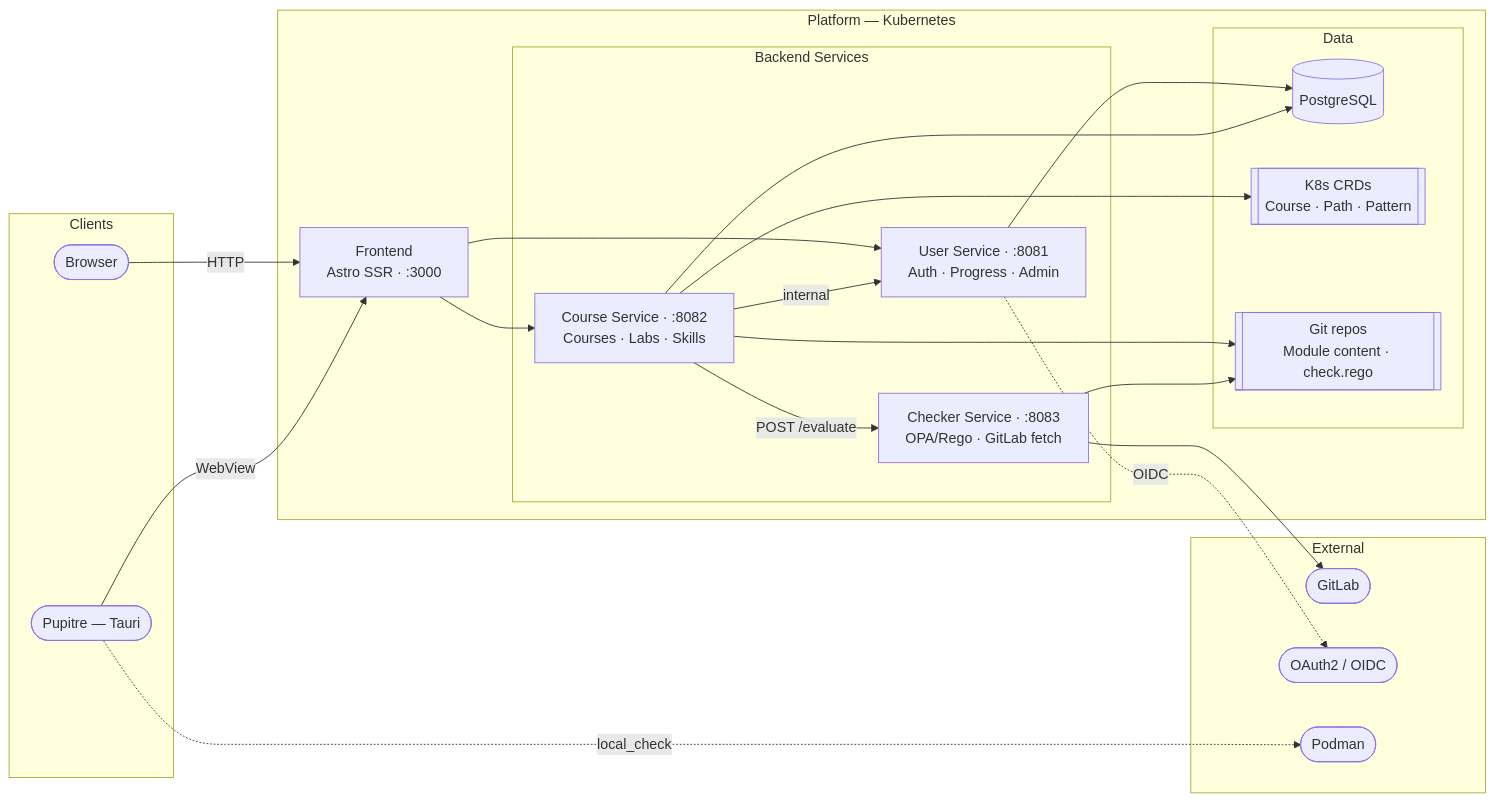
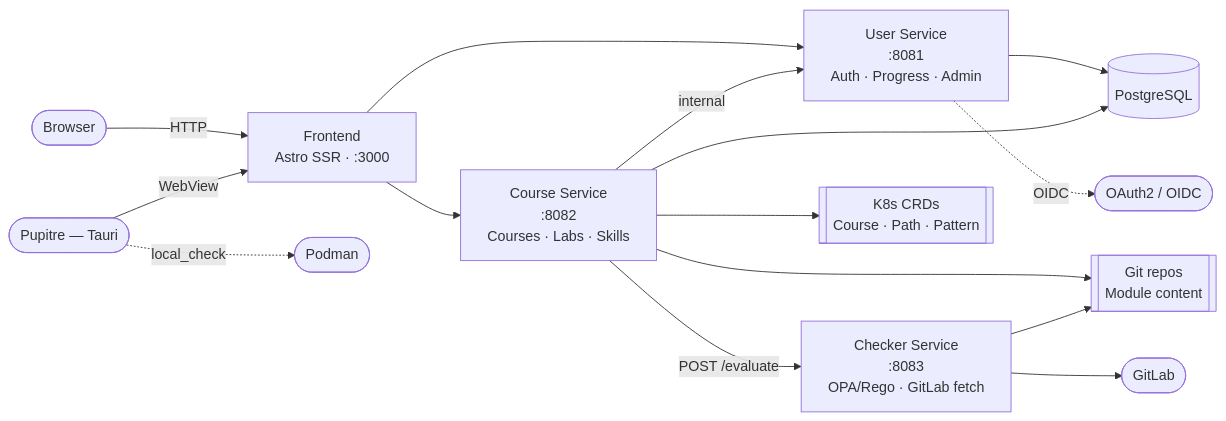
The diagram in README.md (Towarmat83/ELearningPlatform), drawn with Mermaid before and after one commit.

Commit message:
docs: flat mermaid graph without subgroups for clean routing

````diff
--- a/README.md
+++ b/README.md
@@ -23,42 +23,37 @@
 ```mermaid
 graph LR
-    subgraph CLI["Clients"]
-        B(["Browser"])
-        P(["Pupitre — Tauri"])
-    end
+    Browser(["Browser"])
+    Pupitre(["Pupitre — Tauri"])
 
-    subgraph PLAT["Platform — Kubernetes"]
-        F["Frontend\nAstro SSR · :3000"]
+    Frontend["Frontend\nAstro SSR · :3000"]
 
-        subgraph SVC["Backend Services"]
-            US["User Service · :8081\nAuth · Progress · Admin"]
-            CS["Course Service · :8082\nCourses · Labs · Skills"]
-            CK["Checker Service · :8083\nOPA/Rego · GitLab fetch"]
-        end
+    UserService["User Service\n:8081\nAuth · Progress · Admin"]
+    CourseService["Course Service\n:8082\nCourses · Labs · Skills"]
+    CheckerService["Checker Service\n:8083\nOPA/Rego · GitLab fetch"]
 
-        subgraph DAT["Data"]
-            PG[("PostgreSQL")]
-            CRD[["K8s CRDs\nCourse · Path · Pattern"]]
-            GIT[["Git repos\nModule content · check.rego"]]
-        end
-    end
+    PostgreSQL[("PostgreSQL")]
+    K8sCRDs[["K8s CRDs\nCourse · Path · Pattern"]]
+    GitRepos[["Git repos\nModule content"]]
 
-    subgraph EXT["External"]
-        GL(["GitLab"])
-        OA(["OAuth2 / OIDC"])
-        PD(["Podman"])
-    end
+    GitLab(["GitLab"])
+    OAuth(["OAuth2 / OIDC"])
+    Podman(["Podman"])
 
-    B -->|HTTP| F
-    P -->|WebView| F
-    P -.->|local_check| PD
+    Browser -->|HTTP| Frontend
+    Pupitre -->|WebView| Frontend
+    Pupitre -.->|local_check| Podman
 
-    F --> US & CS
-    CS -->|internal| US
-    CS -->|POST /evaluate| CK
+    Frontend --> UserService
+    Frontend --> CourseService
 
-    US & CS --> PG
-    CS --> CRD & GIT
-    CK --> GIT & GL
-    US -.->|OIDC| OA
+    CourseService -->|internal| UserService
+    CourseService -->|POST /evaluate| CheckerService
+
+    UserService --> PostgreSQL
+    CourseService --> PostgreSQL
+    CourseService --> K8sCRDs
+    CourseService --> GitRepos
+    CheckerService --> GitRepos
+    CheckerService --> GitLab
+    UserService -.->|OIDC| OAuth
 ```
````
